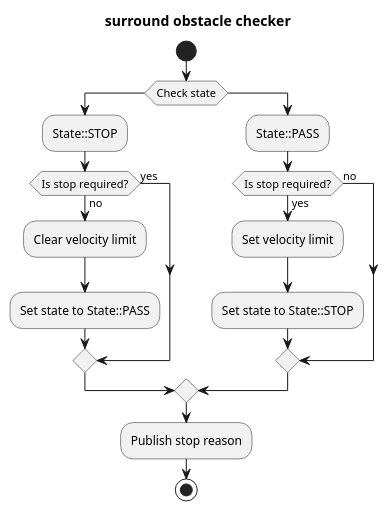
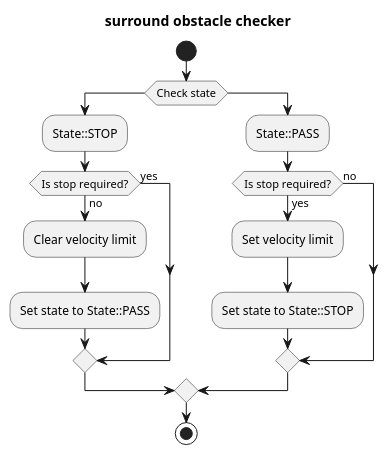
Before and after one commit to tier4/autoware_universe: the diagram in planning/autoware_surround_obstacle_checker/README.md, drawn with PlantUML. The commit also changed other lines of this file and 230 other files, not shown here.

````diff
--- a/planning/autoware_surround_obstacle_checker/README.md
+++ b/planning/autoware_surround_obstacle_checker/README.md
@@ -11,31 +12,29 @@
 ```plantuml
 @startuml
 
 title surround obstacle checker
 start
 
 if (Check state) then
   :State::STOP;
 
   if (Is stop required?) then (yes)
   else (no)
     :Clear velocity limit;
     :Set state to State::PASS;
   endif
 
 else
   :State::PASS;
 
   if (Is stop required?) then (yes)
     :Set velocity limit;
     :Set state to State::STOP;
   else (no)
   endif
 
 endif
 
-:Publish stop reason;
-
 stop
 @enduml
 ```
````
